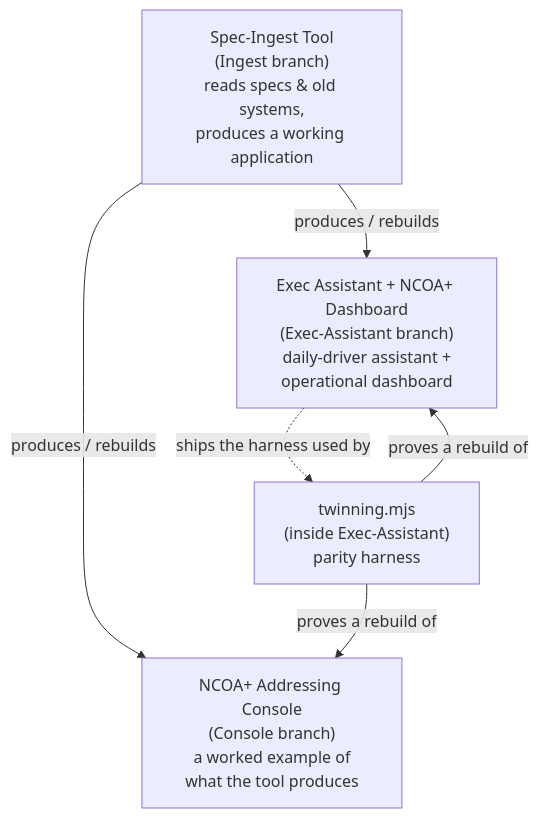
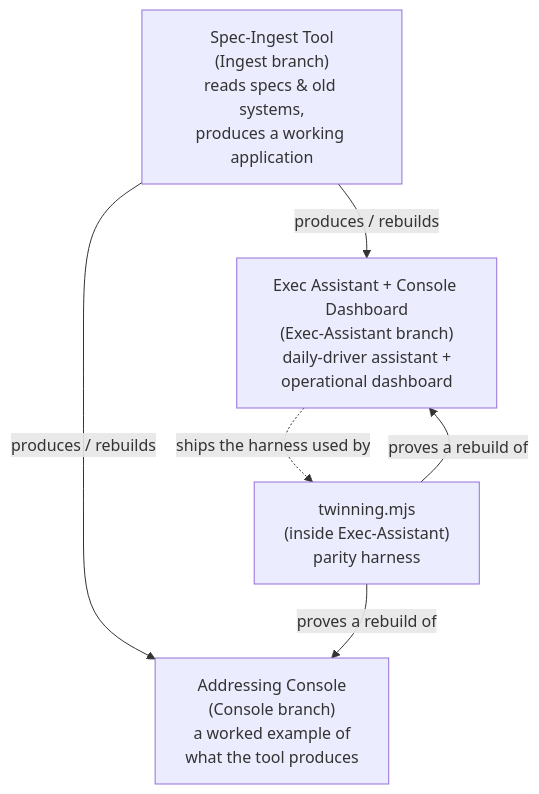
Before and after one commit to andrew-m-clark-usps/Ingest-Architecture-Ex.-Assistant-Console-Builder-Tool: the first of 5 diagrams in README.md, drawn with Mermaid. The commit also changed other lines of this file, not shown here.

Commit message:
Finish removing NCOA+ branding on main; fix words dropped by manual edit

````diff
--- a/README.md
+++ b/README.md
@@ -23,13 +23,13 @@
 ```mermaid
 flowchart TB
     SI["Spec-Ingest Tool<br/>(Ingest branch)<br/>reads specs &amp; old systems,<br/>produces a working application"]
-    CO["NCOA+ Addressing Console<br/>(Console branch)<br/>a worked example of<br/>what the tool produces"]
-    EA["Exec Assistant + NCOA+ Dashboard<br/>(Exec-Assistant branch)<br/>daily-driver assistant +<br/>operational dashboard"]
+    CO["Addressing Console<br/>(Console branch)<br/>a worked example of<br/>what the tool produces"]
+    EA["Exec Assistant + Console Dashboard<br/>(Exec-Assistant branch)<br/>daily-driver assistant +<br/>operational dashboard"]
     TW["twinning.mjs<br/>(inside Exec-Assistant)<br/>parity harness"]
 
     SI -->|produces / rebuilds| CO
     SI -->|produces / rebuilds| EA
     TW -->|proves a rebuild of| CO
     TW -->|proves a rebuild of| EA
     EA -.->|ships the harness used by| TW
 ```
````
